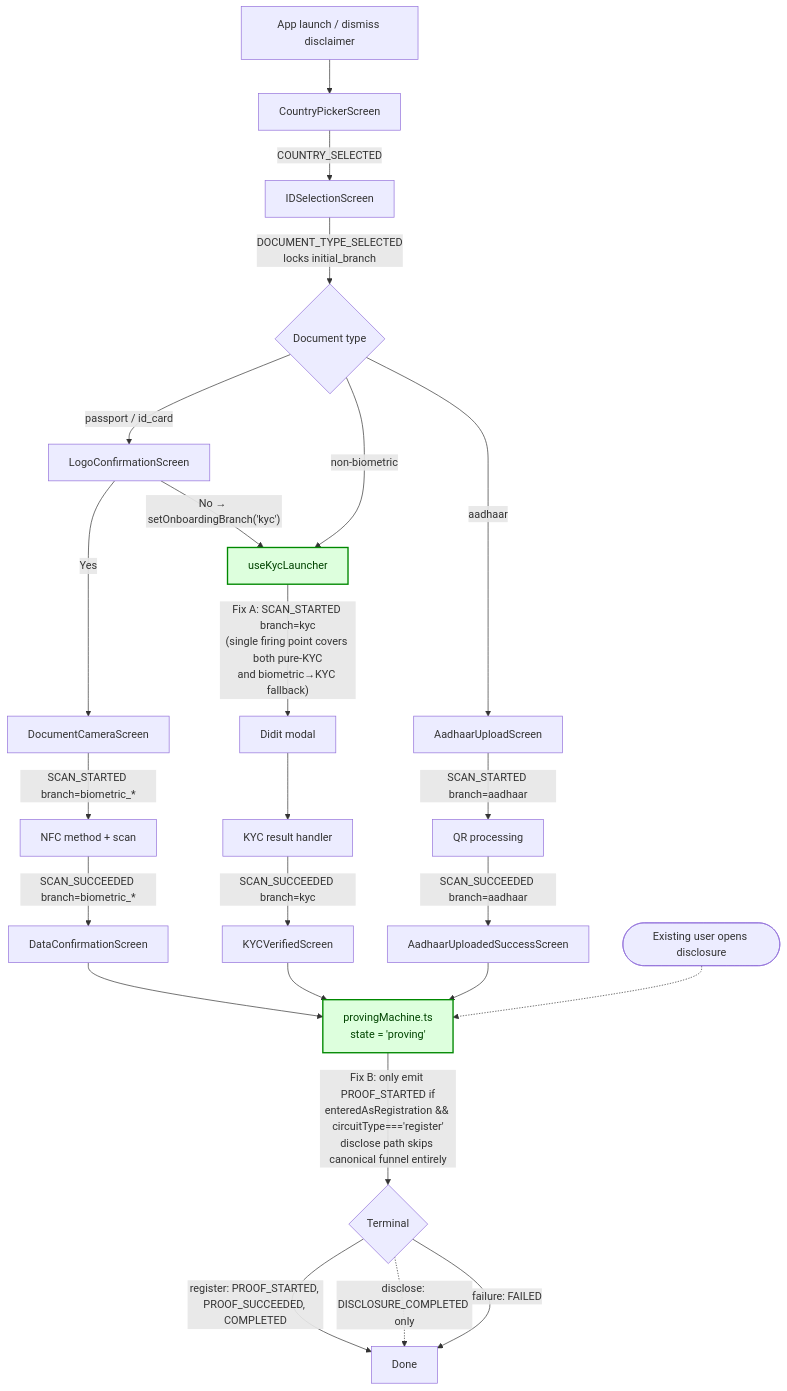
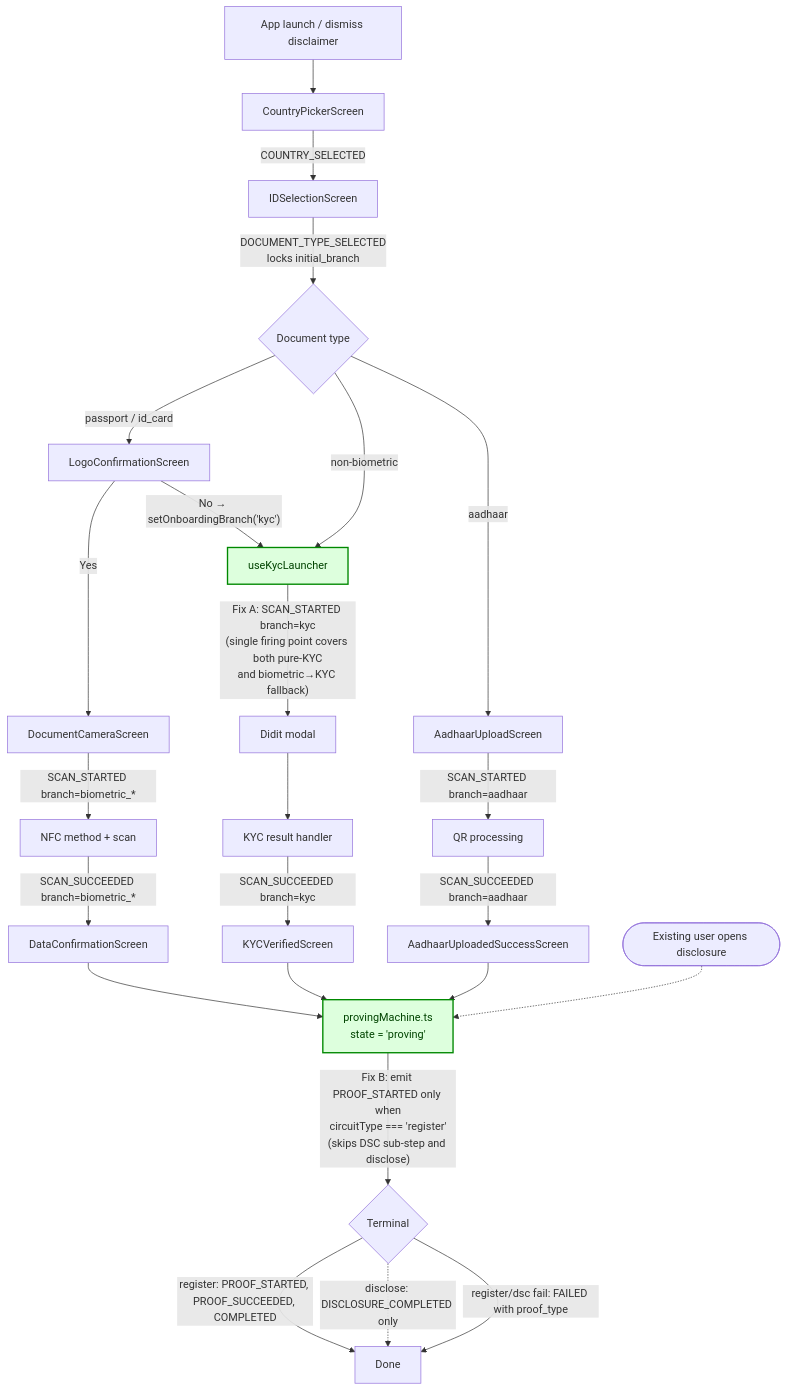
One commit to selfxyz/self changed the second of 2 diagrams in specs/projects/sdk/workstreams/analytics/plans/ANA-11-canonical-funnel-bug-fixes.md. Above: the diagram before and after it, drawn with Mermaid. The commit also changed other lines of this file and 2 other files, not shown here.

First line of the commit message:
fix(analytics): tighten PROOF_STARTED to register-only and emit FAILED for DSC failures

````diff
--- a/specs/projects/sdk/workstreams/analytics/plans/ANA-11-canonical-funnel-bug-fixes.md
+++ b/specs/projects/sdk/workstreams/analytics/plans/ANA-11-canonical-funnel-bug-fixes.md
@@ -111,38 +116,38 @@
 ```mermaid
 flowchart TD
     A[App launch / dismiss disclaimer]
     A --> B[CountryPickerScreen]
     B -->|COUNTRY_SELECTED| C[IDSelectionScreen]
     C -->|"DOCUMENT_TYPE_SELECTED<br/>locks initial_branch"| D{Document type}
 
     D -->|passport / id_card| E[LogoConfirmationScreen]
     D -->|non-biometric| KH[useKycLauncher]
     D -->|aadhaar| AA[AadhaarUploadScreen]
 
     E -->|Yes| F[DocumentCameraScreen]
     E -->|"No → setOnboardingBranch('kyc')"| KH
 
     F -->|"SCAN_STARTED branch=biometric_*"| G[NFC method + scan]
     G -->|"SCAN_SUCCEEDED branch=biometric_*"| H[DataConfirmationScreen]
 
     KH -->|"Fix A: SCAN_STARTED branch=kyc<br/>(single firing point covers both pure-KYC<br/>and biometric→KYC fallback)"| KM[Didit modal]
     KM --> KR[KYC result handler]
     KR -->|"SCAN_SUCCEEDED branch=kyc"| KV[KYCVerifiedScreen]
 
     AA -->|"SCAN_STARTED branch=aadhaar"| AP[QR processing]
     AP -->|"SCAN_SUCCEEDED branch=aadhaar"| AS[AadhaarUploadedSuccessScreen]
 
     H --> P["provingMachine.ts<br/>state = 'proving'"]
     KV --> P
     AS --> P
     DX([Existing user opens disclosure]) -.-> P
 
-    P -->|"Fix B: only emit PROOF_STARTED if<br/>enteredAsRegistration && circuitType==='register'<br/>disclose path skips canonical funnel entirely"| T{Terminal}
+    P -->|"Fix B: emit PROOF_STARTED only when<br/>circuitType === 'register'<br/>(skips DSC sub-step and disclose)"| T{Terminal}
     T -->|"register: PROOF_STARTED, PROOF_SUCCEEDED, COMPLETED"| Z[Done]
     T -.->|"disclose: DISCLOSURE_COMPLETED only"| Z
-    T -->|"failure: FAILED"| Z
+    T -->|"register/dsc fail: FAILED with proof_type"| Z
 
     KH:::fixed
     P:::fixed
     classDef fixed fill:#dfd,stroke:#080,stroke-width:2px,color:#040
 ```
````
